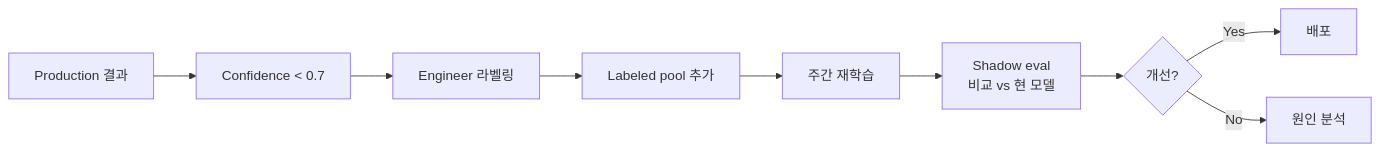
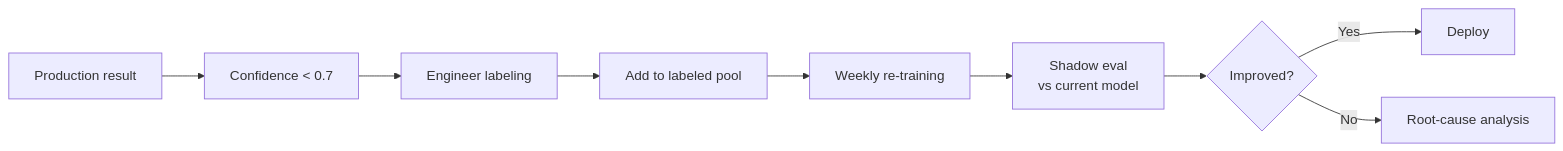
One commit to btjeon/sic-wiki changed the second of 3 diagrams in docs/04-control-ai/ai-defect-classification.md. Above: the diagram before and after it, drawn with Mermaid. The commit also changed other lines of this file and 9 other files, not shown here.

````diff
--- a/docs/04-control-ai/ai-defect-classification.md
+++ b/docs/04-control-ai/ai-defect-classification.md
@@ -44,11 +49,11 @@
 ```mermaid
 flowchart LR
-    A[Production 결과] --> B[Confidence < 0.7]
-    B --> C[Engineer 라벨링]
-    C --> D[Labeled pool 추가]
-    D --> E[주간 재학습]
-    E --> F[Shadow eval<br/>비교 vs 현 모델]
-    F --> G{개선?}
-    G -- Yes --> H[배포]
-    G -- No --> I[원인 분석]
+    A[Production result] --> B[Confidence < 0.7]
+    B --> C[Engineer labeling]
+    C --> D[Add to labeled pool]
+    D --> E[Weekly re-training]
+    E --> F[Shadow eval<br/>vs current model]
+    F --> G{Improved?}
+    G -- Yes --> H[Deploy]
+    G -- No --> I[Root-cause analysis]
 ```
````
